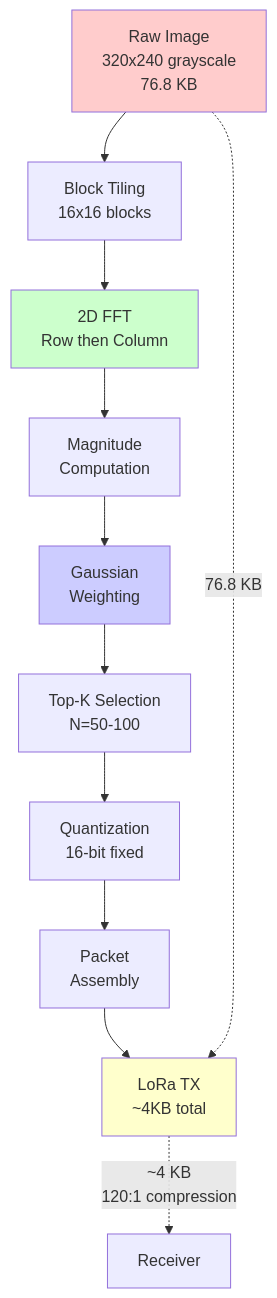
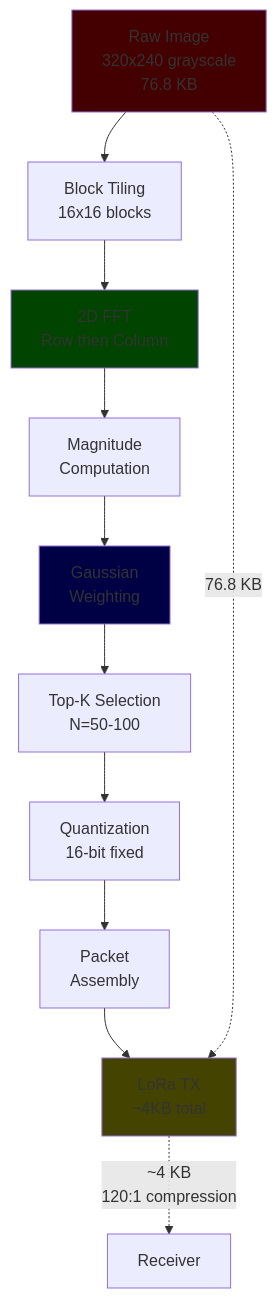
One commit to ColeZenk/SD403_TrailCamera_NDSU changed the second of 2 diagrams in FPGA_Unit/docs/SDD/SDD400.md. Above: the diagram before and after it, drawn with Mermaid. The commit also changed other lines of this file and 1 other file, not shown here.

Commit message:
updated colorscheme

````diff
--- a/FPGA_Unit/docs/SDD/SDD400.md
+++ b/FPGA_Unit/docs/SDD/SDD400.md
@@ -204,29 +204,29 @@
 ```mermaid
 flowchart TD
     IMG[Raw Image<br/>320x240 grayscale<br/>76.8 KB]
     TILE[Block Tiling<br/>16x16 blocks]
     FFT2D[2D FFT<br/>Row then Column]
     MAG[Magnitude<br/>Computation]
     GAUSS[Gaussian<br/>Weighting]
     TOPK[Top-K Selection<br/>N=50-100]
     QUANT[Quantization<br/>16-bit fixed]
     PACK[Packet<br/>Assembly]
     LORA[LoRa TX<br/>~4KB total]
 
      IMG --> TILE
      TILE --> FFT2D
      FFT2D --> MAG
      MAG --> GAUSS
      GAUSS --> TOPK
      TOPK --> QUANT
      QUANT --> PACK
      PACK --> LORA
 
      IMG -.->|76.8 KB| LORA
      LORA -.->|~4 KB<br/>120:1 compression| RX[Receiver]
 
-     style IMG fill:#ffcccc
-     style FFT2D fill:#ccffcc
-     style GAUSS fill:#ccccff
-     style LORA fill:#ffffcc
+     style IMG fill:#440000
+     style FFT2D fill:#004400
+     style GAUSS fill:#000044
+     style LORA fill:#444400
 ```
````
